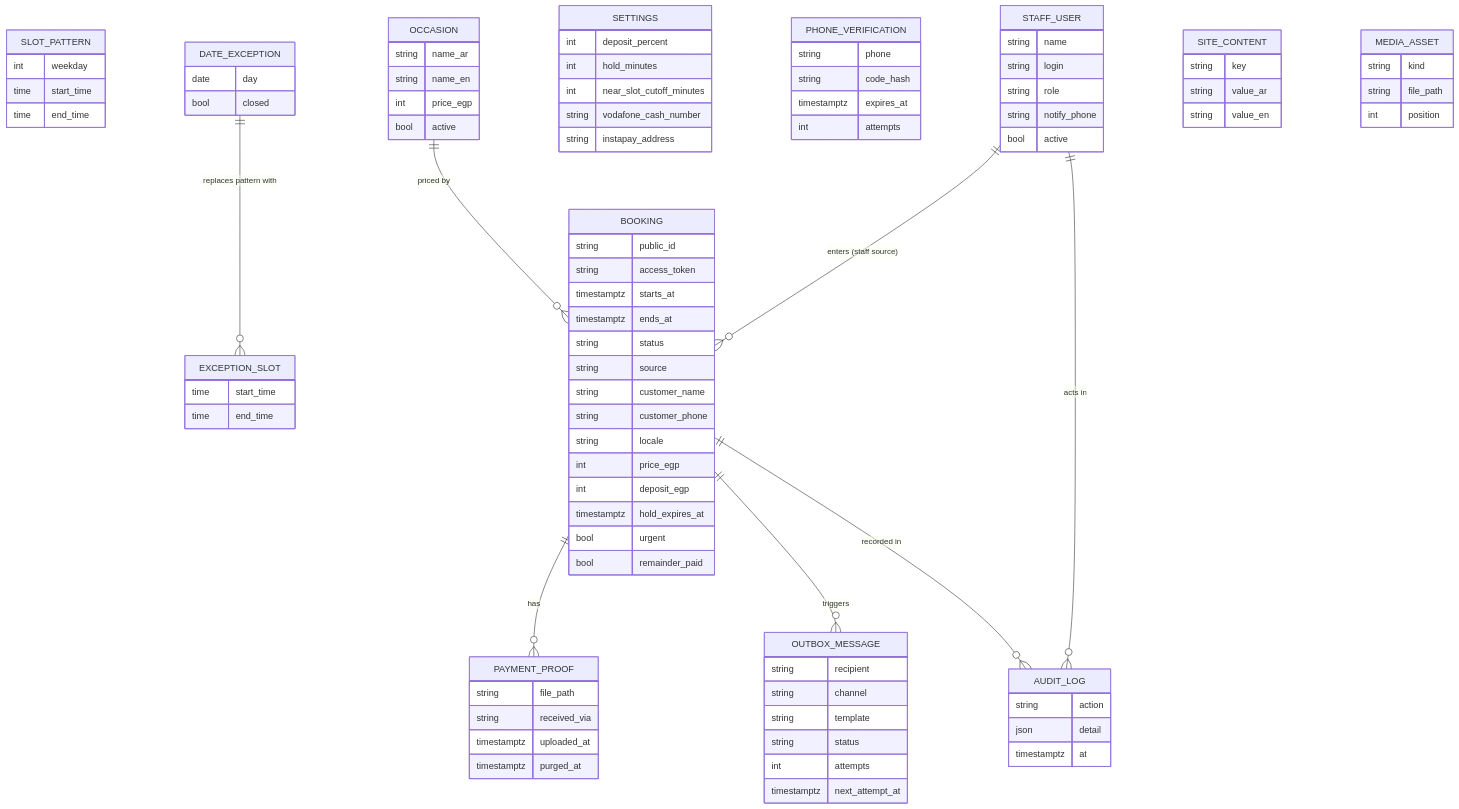
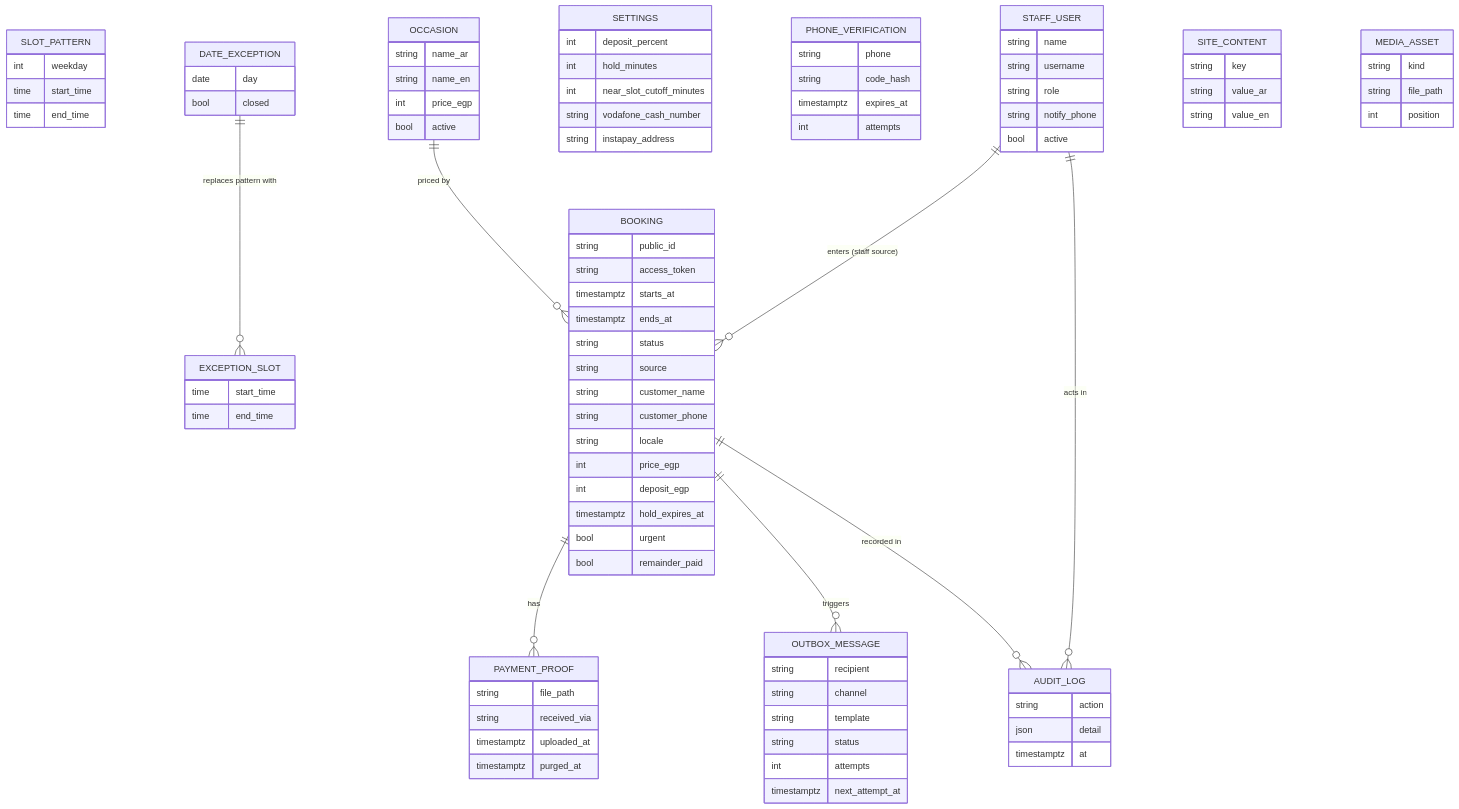
One commit to ZamzamMasjid/wesal changed the first of 2 diagrams in docs/architecture/data-model.md. Above: the diagram before and after it, drawn with Mermaid. The commit also changed other lines of this file and 35 other files, not shown here.

```diff
--- a/docs/architecture/data-model.md
+++ b/docs/architecture/data-model.md
@@ -86,7 +86,7 @@
   }
   STAFF_USER {
     string name
-    string login
+    string username
     string role
     string notify_phone
     bool active
```
